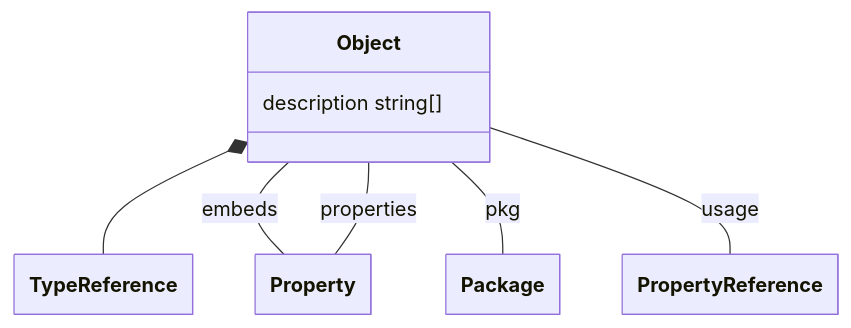
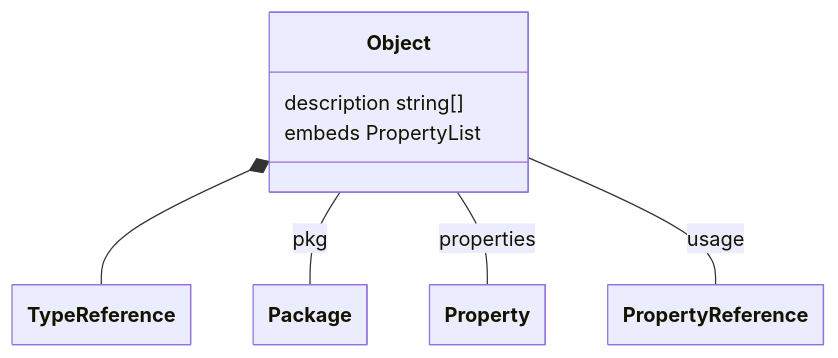
One commit to theunrepentantgeek/crddoc changed the sixth of 15 diagrams in docs/model/model.md. Above: the diagram before and after it, drawn with Mermaid. The commit also changed other lines of this file and 3 other files, not shown here.

````diff
--- a/docs/model/model.md
+++ b/docs/model/model.md
@@ -166,23 +170,22 @@
 ```mermaid
 ---
   config:
     class:
       hideEmptyMembersBox: true
 ---
 classDiagram
 class Object["Object"] {
     description string[]
+    embeds PropertyList
 }
 
 
 Object *-- TypeReference
 class TypeReference["TypeReference"]
-Object -- Property : embeds
 Object -- Package : pkg
 Object -- Property : properties
 Object -- PropertyReference : usage
-class Property["Property"] 
 class Package["Package"] 
 class Property["Property"] 
 class PropertyReference["PropertyReference"] 
 ```
````
